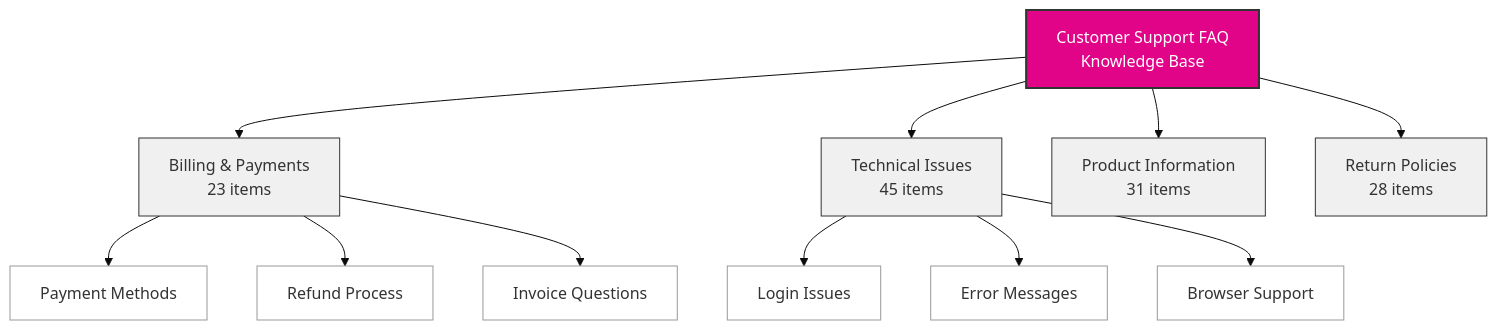
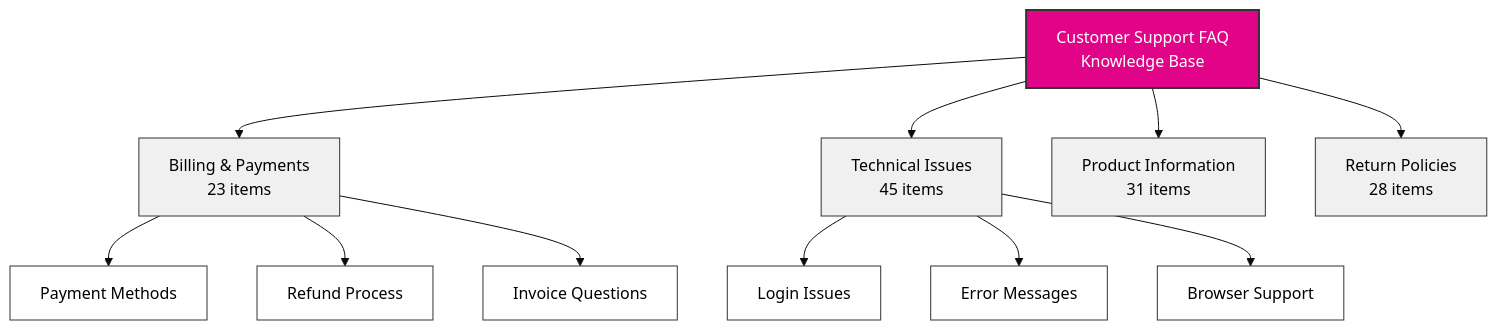
The diagram in build/knowledge/architecture.mdx (robertvy/docs), drawn with Mermaid (base theme) before and after one commit.

Commit message:
Fix Mermaid diagram text contrast: add explicit black text color

````diff
--- a/build/knowledge/architecture.mdx
+++ b/build/knowledge/architecture.mdx
@@ -21,29 +21,29 @@
 ```mermaid
 graph TB
     KB[Customer Support FAQ<br/>Knowledge Base]
 
     KB --> F1[Billing & Payments<br/>23 items]
     KB --> F2[Technical Issues<br/>45 items]
     KB --> F3[Product Information<br/>31 items]
     KB --> F4[Return Policies<br/>28 items]
 
     F1 --> I1[Payment Methods]
     F1 --> I2[Refund Process]
     F1 --> I3[Invoice Questions]
 
     F2 --> I4[Login Issues]
     F2 --> I5[Error Messages]
     F2 --> I6[Browser Support]
 
     style KB fill:#E10489,stroke:#333,stroke-width:2px,color:#fff
-    style F1 fill:#f0f0f0,stroke:#333,stroke-width:1px
-    style F2 fill:#f0f0f0,stroke:#333,stroke-width:1px
-    style F3 fill:#f0f0f0,stroke:#333,stroke-width:1px
-    style F4 fill:#f0f0f0,stroke:#333,stroke-width:1px
-    style I1 fill:#fff,stroke:#999,stroke-width:1px
-    style I2 fill:#fff,stroke:#999,stroke-width:1px
-    style I3 fill:#fff,stroke:#999,stroke-width:1px
-    style I4 fill:#fff,stroke:#999,stroke-width:1px
-    style I5 fill:#fff,stroke:#999,stroke-width:1px
-    style I6 fill:#fff,stroke:#999,stroke-width:1px
+    style F1 fill:#f0f0f0,stroke:#333,stroke-width:1px,color:#000
+    style F2 fill:#f0f0f0,stroke:#333,stroke-width:1px,color:#000
+    style F3 fill:#f0f0f0,stroke:#333,stroke-width:1px,color:#000
+    style F4 fill:#f0f0f0,stroke:#333,stroke-width:1px,color:#000
+    style I1 fill:#fff,stroke:#333,stroke-width:1px,color:#000
+    style I2 fill:#fff,stroke:#333,stroke-width:1px,color:#000
+    style I3 fill:#fff,stroke:#333,stroke-width:1px,color:#000
+    style I4 fill:#fff,stroke:#333,stroke-width:1px,color:#000
+    style I5 fill:#fff,stroke:#333,stroke-width:1px,color:#000
+    style I6 fill:#fff,stroke:#333,stroke-width:1px,color:#000
 ```
````
